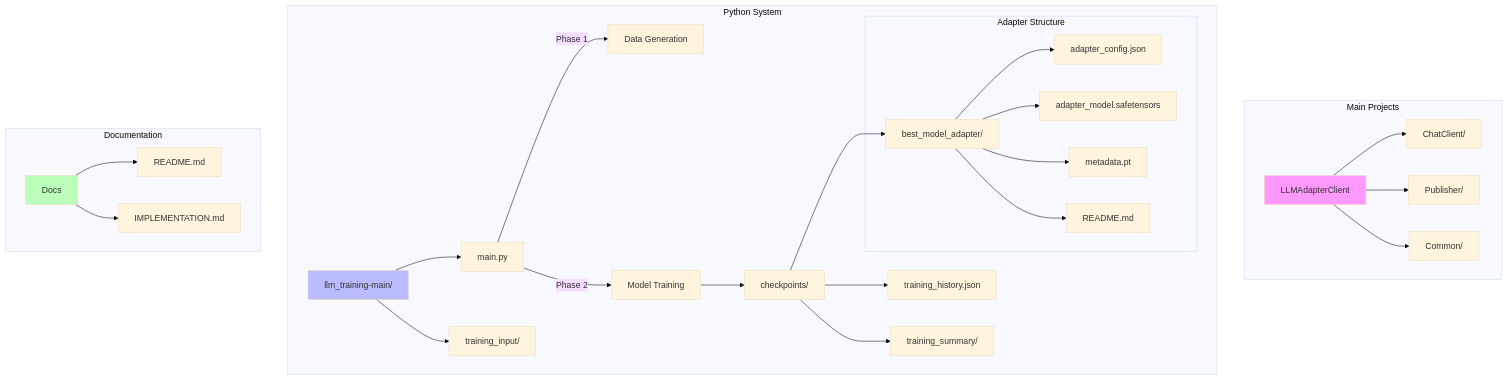
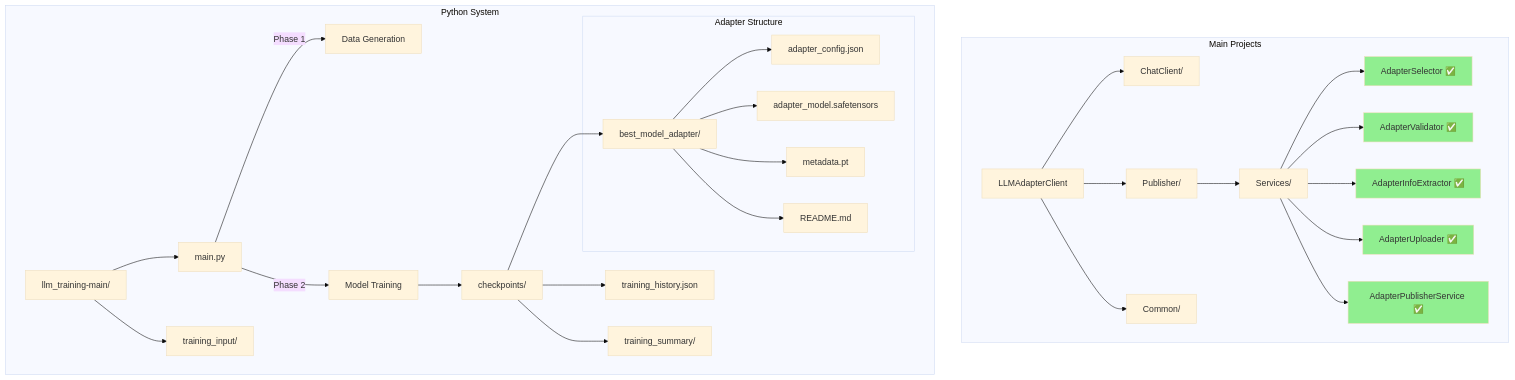
Before and after one commit to gsinghjay/LLMAdapterClient: the fourth of 6 diagrams in STORY.md, drawn with Mermaid (base theme). The commit also changed other lines of this file, not shown here.

Commit message:
docs(story): update implementation status and add technical debt section

````diff
--- a/STORY.md
+++ b/STORY.md
@@ -117,40 +121,41 @@
 ```mermaid
 graph TD
     subgraph "Main Projects"
         A[LLMAdapterClient]
         A --> B[ChatClient/]
         A --> C[Publisher/]
         A --> D[Common/]
+        
+        C --> S1[Services/]
+        S1 --> AS[AdapterSelector ✅]
+        S1 --> AV[AdapterValidator ✅]
+        S1 --> AE[AdapterInfoExtractor ✅]
+        S1 --> AU[AdapterUploader ✅]
+        S1 --> AP[AdapterPublisherService ✅]
     end
     
     subgraph "Python System"
         F[llm_training-main/]
         F --> G[main.py]
         F --> T[training_input/]
         G -->|Phase 1| D1[Data Generation]
         G -->|Phase 2| D2[Model Training]
         D2 --> H[checkpoints/]
         H --> I[best_model_adapter/]
         H --> J[training_history.json]
         H --> K[training_summary/]
         
         subgraph "Adapter Structure"
             I --> AC[adapter_config.json]
             I --> AM[adapter_model.safetensors]
             I --> MP[metadata.pt]
             I --> RD[README.md]
         end
     end
     
-    subgraph "Documentation"
-        L[Docs]
-        L --> M[README.md]
-        L --> N[IMPLEMENTATION.md]
-    end
-    
-    style A fill:#f9f
-    style F fill:#bbf
-    style L fill:#bfb
-    style D1 fill:#lightgreen
-    style D2 fill:#lightgreen
+    style AS fill:#90EE90
+    style AV fill:#90EE90
+    style AE fill:#90EE90
+    style AU fill:#90EE90
+    style AP fill:#90EE90
 ```
````
